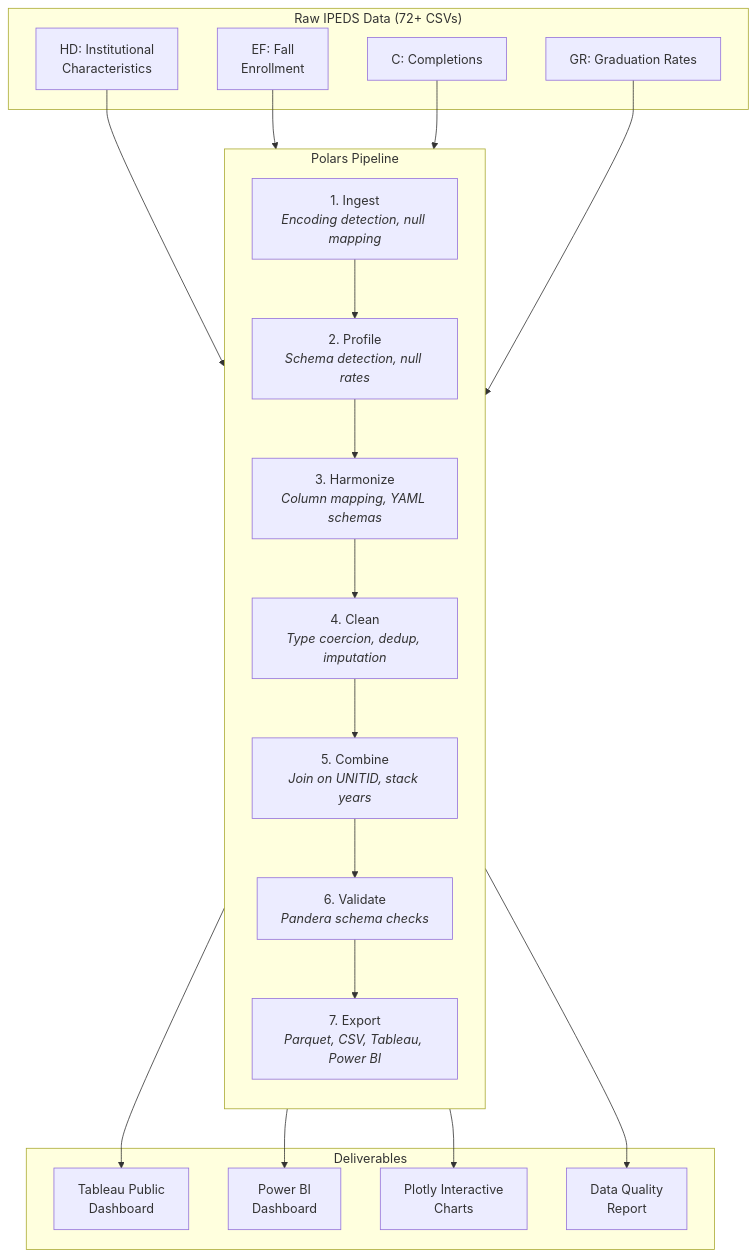
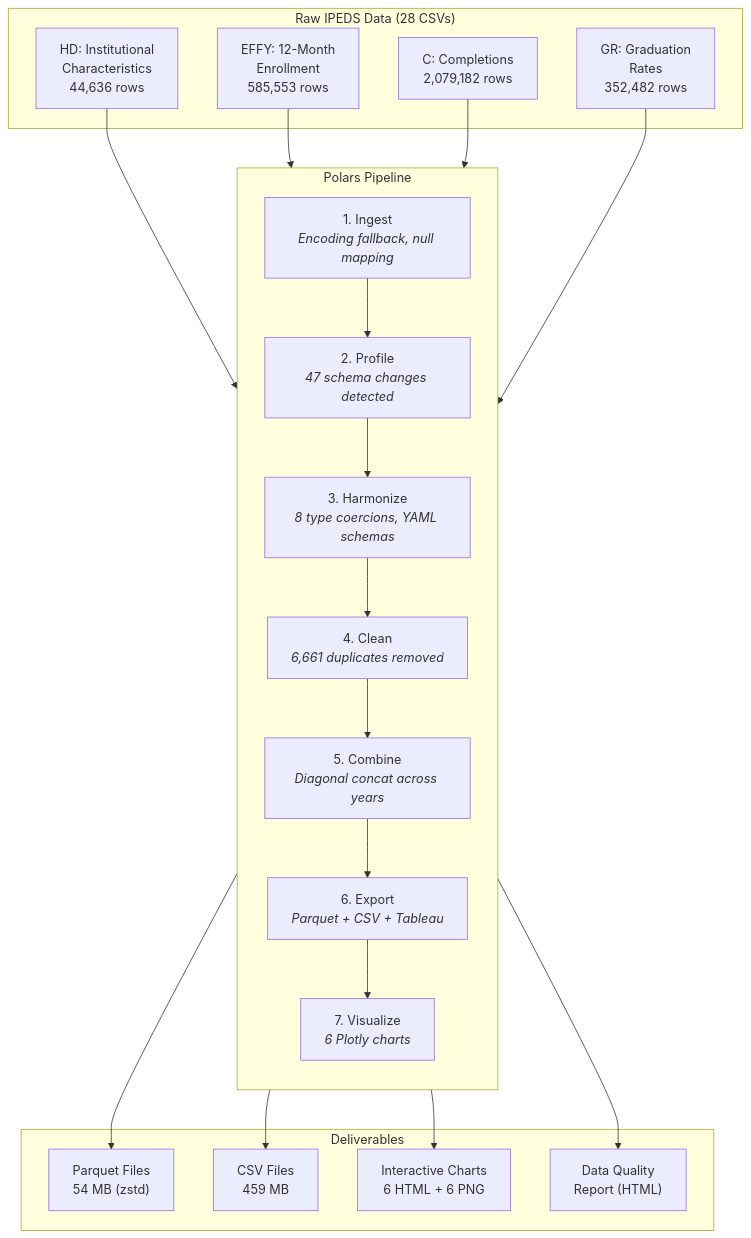
One commit to Ruthvik-Bandari/data-portfolio-ruthvik changed the diagram in 01-ipeds-pipeline-dashboard/README.md. Above: the diagram before and after it, drawn with Mermaid. The commit also changed other lines of this file and 18 other files, not shown here.

Commit message:
feat(p1): polish — fixed all 6 charts, 32 tests passing, data quality report, updated README

````diff
--- a/01-ipeds-pipeline-dashboard/README.md
+++ b/01-ipeds-pipeline-dashboard/README.md
@@ -24,31 +41,32 @@
 ```mermaid
 flowchart TD
-    subgraph Sources["Raw IPEDS Data (72+ CSVs)"]
-        HD["HD: Institutional<br/>Characteristics"]
-        EF["EF: Fall<br/>Enrollment"]
-        C["C: Completions"]
-        GR["GR: Graduation Rates"]
+    subgraph Sources["Raw IPEDS Data (28 CSVs)"]
+        HD["HD: Institutional<br/>Characteristics<br/>44,636 rows"]
+        EFFY["EFFY: 12-Month<br/>Enrollment<br/>585,553 rows"]
+        C["C: Completions<br/>2,079,182 rows"]
+        GR["GR: Graduation<br/>Rates<br/>352,482 rows"]
     end
 
     subgraph Pipeline["Polars Pipeline"]
         direction TB
-        Ingest["1. Ingest<br/><i>Encoding detection, null mapping</i>"]
-        Profile["2. Profile<br/><i>Schema detection, null rates</i>"]
-        Harmonize["3. Harmonize<br/><i>Column mapping, YAML schemas</i>"]
-        Clean["4. Clean<br/><i>Type coercion, dedup, imputation</i>"]
-        Combine["5. Combine<br/><i>Join on UNITID, stack years</i>"]
-        Validate["6. Validate<br/><i>Pandera schema checks</i>"]
-        Export["7. Export<br/><i>Parquet, CSV, Tableau, Power BI</i>"]
+        Ingest["1. Ingest<br/><i>Encoding fallback, null mapping</i>"]
+        Profile["2. Profile<br/><i>47 schema changes detected</i>"]
+        Harmonize["3. Harmonize<br/><i>8 type coercions, YAML schemas</i>"]
+        Clean["4. Clean<br/><i>6,661 duplicates removed</i>"]
+        Combine["5. Combine<br/><i>Diagonal concat across years</i>"]
+        Export["6. Export<br/><i>Parquet + CSV + Tableau</i>"]
+        Visualize["7. Visualize<br/><i>6 Plotly charts</i>"]
     end
 
     subgraph Outputs["Deliverables"]
-        Tableau["Tableau Public<br/>Dashboard"]
-        PowerBI["Power BI<br/>Dashboard"]
-        Plotly["Plotly Interactive<br/>Charts"]
-        Report["Data Quality<br/>Report"]
+        Parquet["Parquet Files<br/>54 MB (zstd)"]
+        CSV["CSV Files<br/>459 MB"]
+        Charts["Interactive Charts<br/>6 HTML + 6 PNG"]
+        Report["Data Quality<br/>Report (HTML)"]
     end
 
-    HD & EF & C & GR --> Ingest
-    Ingest --> Profile --> Harmonize --> Clean --> Combine --> Validate --> Export
-    Export --> Tableau & PowerBI & Plotly & Report
+    HD & EFFY & C & GR --> Ingest
+    Ingest --> Profile --> Harmonize --> Clean --> Combine --> Export --> Visualize
+    Export --> Parquet & CSV
+    Visualize --> Charts & Report
 ```
````
